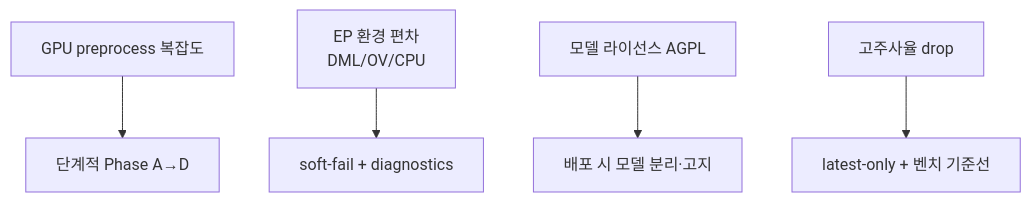
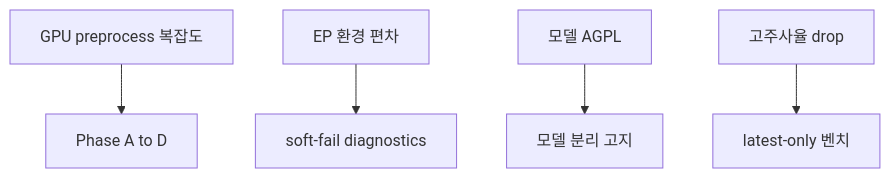
The fourth of 4 diagrams in 개선점.md (NAMUORI00/display-share), drawn with Mermaid before and after one commit. The commit also changed other lines of this file and 25 other files, not shown here.

First line of the commit message:
docs(wiki): complete pages for current privacy/DXGI architecture

````diff
--- a/개선점.md
+++ b/개선점.md
@@ -143,7 +125,7 @@
 ```mermaid
 flowchart TB
-  R1["GPU preprocess 복잡도"] --> M1["단계적 Phase A→D"]
-  R2["EP 환경 편차<br/>DML/OV/CPU"] --> M2["soft-fail + diagnostics"]
-  R3["모델 라이선스 AGPL"] --> M3["배포 시 모델 분리·고지"]
-  R4["고주사율 drop"] --> M4["latest-only + 벤치 기준선"]
+  R1[GPU preprocess 복잡도] --> M1[Phase A to D]
+  R2[EP 환경 편차] --> M2[soft-fail diagnostics]
+  R3[모델 AGPL] --> M3[모델 분리 고지]
+  R4[고주사율 drop] --> M4[latest-only 벤치]
 ```
````
